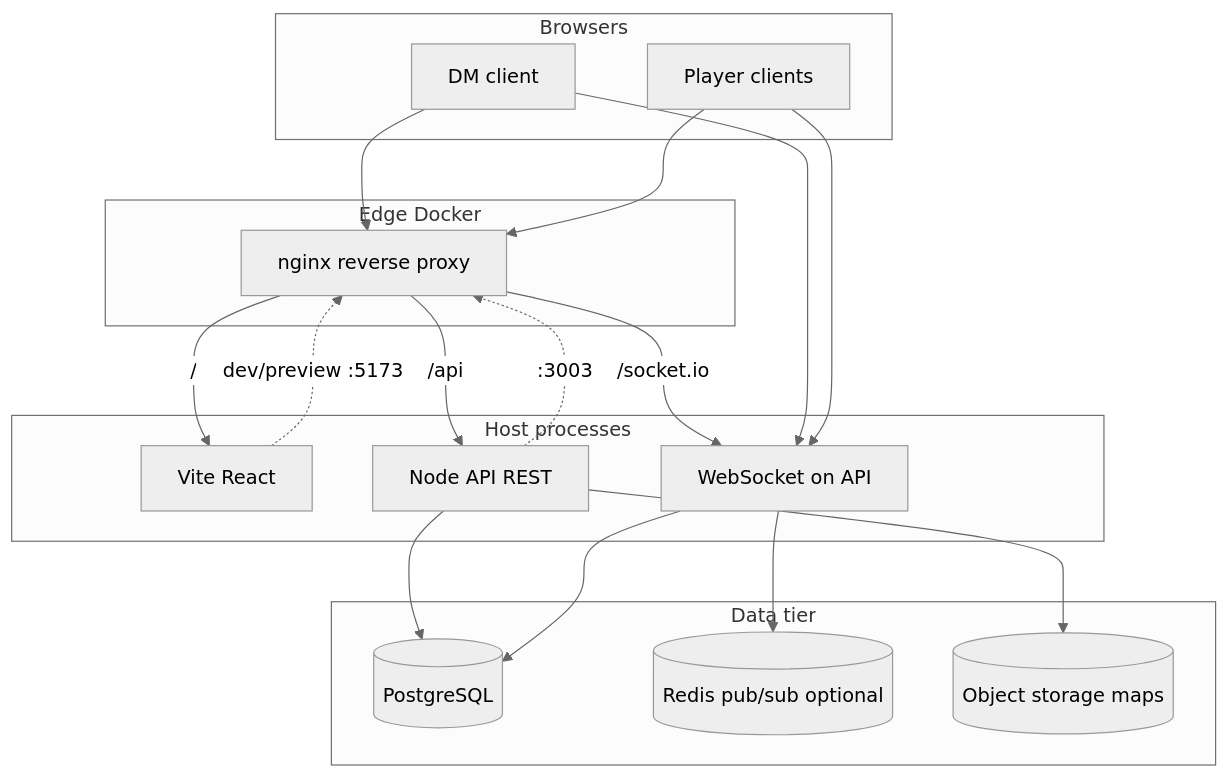
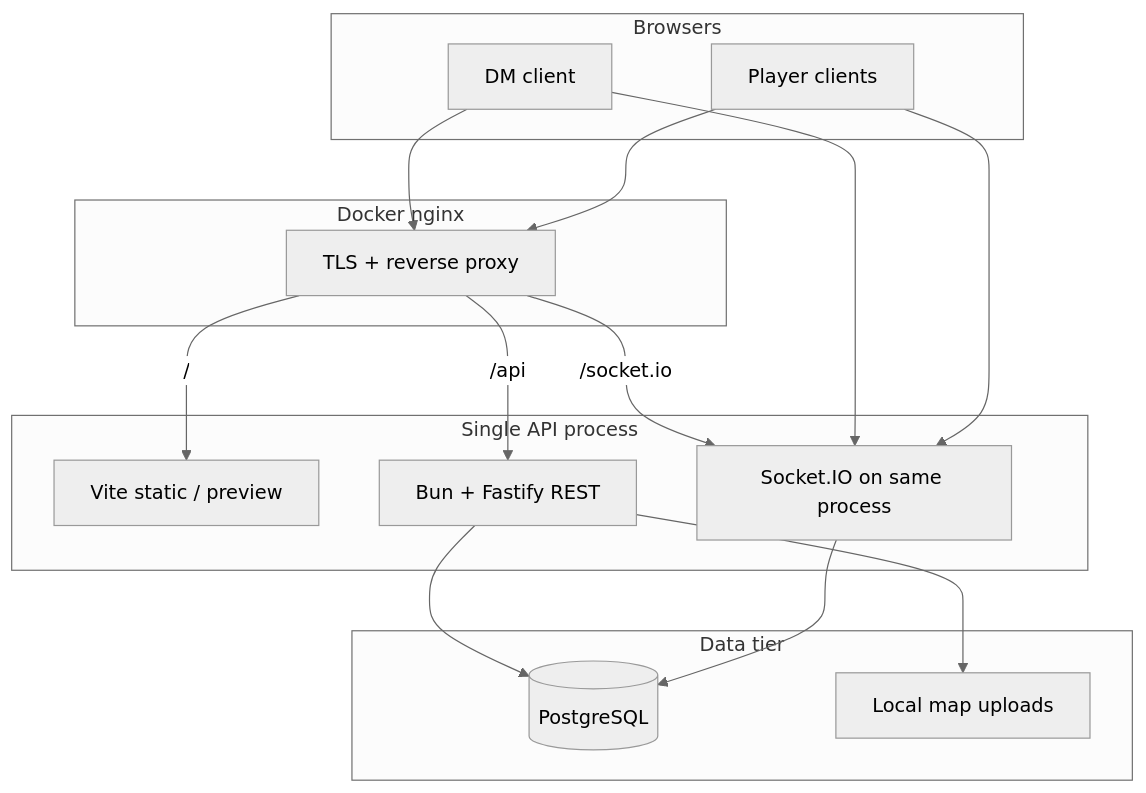
Before and after one commit to htroutmaniv/dcc-web: the diagram in docs/ARCHITECTURE.md, drawn with Mermaid (neutral theme). The commit also changed other lines of this file and 55 other files, not shown here.

````diff
--- a/docs/ARCHITECTURE.md
+++ b/docs/ARCHITECTURE.md
@@ -13,37 +15,33 @@
 ```mermaid
 flowchart TB
   subgraph clients [Browsers]
     DM[DM client]
     PL[Player clients]
   end
 
-  subgraph edge [Edge Docker]
-    NGX[nginx reverse proxy]
+  subgraph edge [Docker nginx]
+    NGX[TLS + reverse proxy]
   end
 
-  subgraph host [Host processes]
-    WEB[Vite React]
-    API[Node API REST]
-    WS[WebSocket on API]
+  subgraph host [Single API process]
+    WEB[Vite static / preview]
+    API[Bun + Fastify REST]
+    WS[Socket.IO on same process]
   end
 
   subgraph data [Data tier]
     PG[(PostgreSQL)]
-    REDIS[(Redis pub/sub optional)]
-    S3[(Object storage maps)]
+    FS[Local map uploads]
   end
 
   DM --> NGX
   PL --> NGX
   NGX -->|/| WEB
   NGX -->|/api| API
   NGX -->|/socket.io| WS
-  WEB -.->|dev/preview :5173| NGX
-  API -.->|:3003| NGX
+  API --> PG
+  WS --> PG
+  API --> FS
   DM --> WS
   PL --> WS
-  API --> PG
-  API --> S3
-  WS --> PG
-  WS --> REDIS
 ```
````
